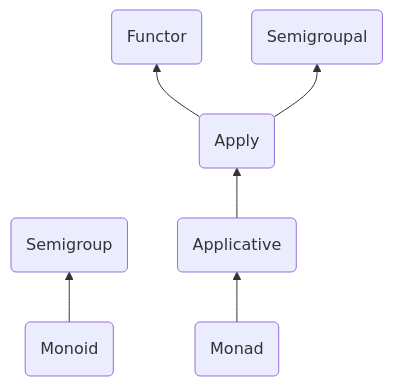
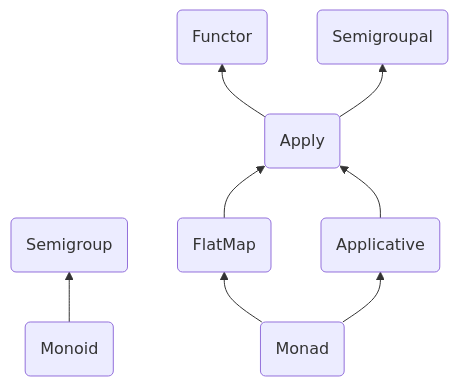
The diagram in m4-type-classes/docs/00-TypeClassHierachy.md (DarrenBishop/cats-course), drawn with Mermaid before and after one commit. The commit also changed 2 other files, not shown here.

Commit message:
FlatMap (Weaker Monad)

````diff
--- a/m4-type-classes/docs/00-TypeClassHierachy.md
+++ b/m4-type-classes/docs/00-TypeClassHierachy.md
@@ -3,8 +3,10 @@
 ```mermaid
 flowchart BT
     MO(Monoid) --> S(Semigroup)
-    A(Applicative) --> Ap(Apply)
-    Ap --> F(Functor)
-    Ap --> SL(Semigroupal)
-    MA(Monad) --> A
+    MA(Monad) --> FM(FlatMap)
+    FM --> AP(Apply)
+    MA --> A(Applicative)
+    A --> AP
+    AP --> F(Functor)
+    AP --> SL(Semigroupal)
 ```
````
